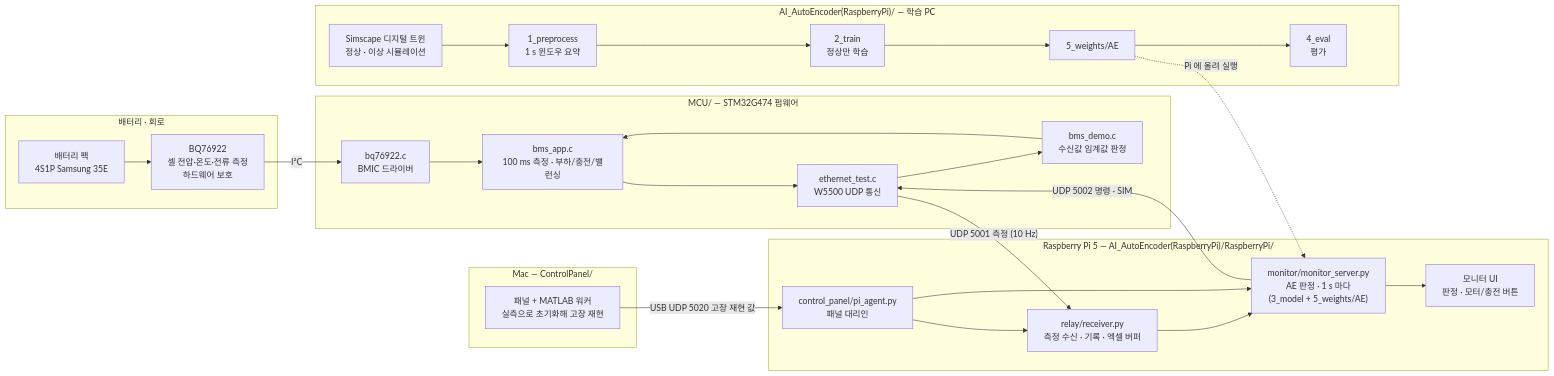
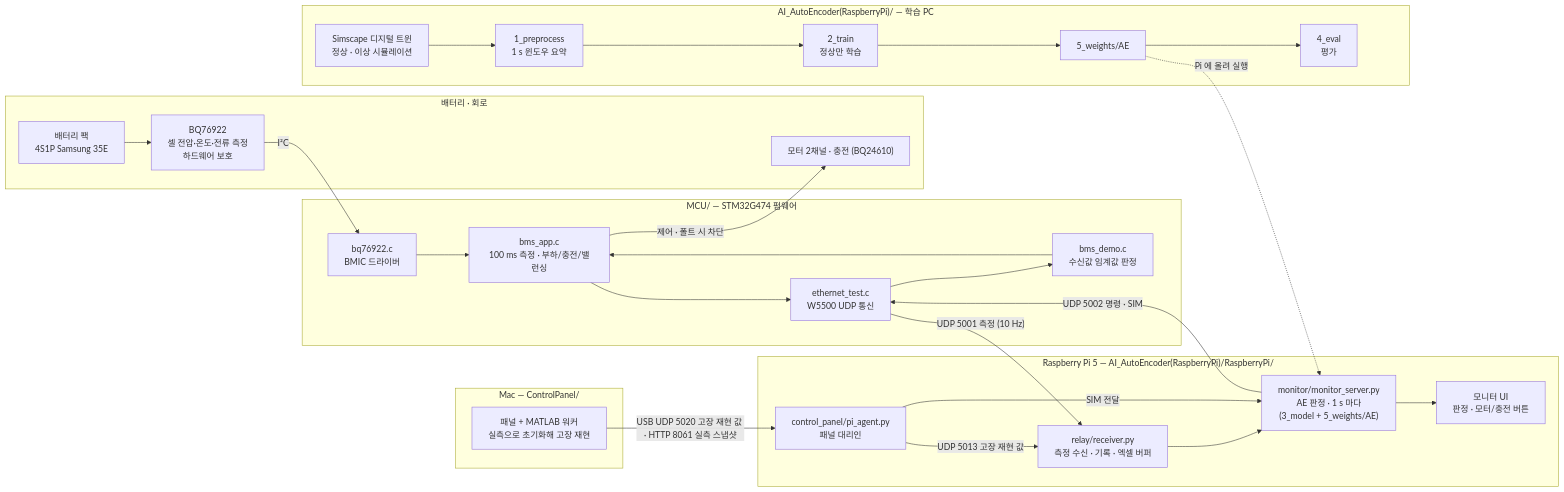
The diagram in README.md (DDongs068/2026ESWContest_mobility_kimdongwooteam), drawn with Mermaid before and after one commit. The commit also changed 16 other files, not shown here.

First line of the commit message:
Remove personal paths; align diagrams and docs with final system

````diff
--- a/README.md
+++ b/README.md
@@ -9,31 +9,33 @@
 ```mermaid
 flowchart LR
     subgraph HW["배터리 · 회로"]
         PACK["배터리 팩<br/>4S1P Samsung 35E"] --> BQ["BQ76922<br/>셀 전압·온도·전류 측정<br/>하드웨어 보호"]
+        LOAD["모터 2채널 · 충전 (BQ24610)"]
     end
     subgraph FW["MCU/ — STM32G474 펌웨어"]
         DRV["bq76922.c<br/>BMIC 드라이버"] --> APP["bms_app.c<br/>100 ms 측정 · 부하/충전/밸런싱"]
         DEMO["bms_demo.c<br/>수신값 임계값 판정"] --> APP
         APP --> ETH["ethernet_test.c<br/>W5500 UDP 통신"]
         ETH --> DEMO
     end
     subgraph PI["Raspberry Pi 5 — AI_AutoEncoder(RaspberryPi)/RaspberryPi/"]
         RX["relay/receiver.py<br/>측정 수신 · 기록 · 엑셀 버퍼"] --> AE["monitor/monitor_server.py<br/>AE 판정 · 1 s 마다<br/>(3_model + 5_weights/AE)"]
         AE --> UI["모니터 UI<br/>판정 · 모터/충전 버튼"]
-        AG["control_panel/pi_agent.py<br/>패널 대리인"] --> RX
-        AG --> AE
+        AG["control_panel/pi_agent.py<br/>패널 대리인"] -- "UDP 5013 고장 재현 값" --> RX
+        AG -- "SIM 전달" --> AE
     end
     subgraph MAC["Mac — ControlPanel/"]
         CP["패널 + MATLAB 워커<br/>실측으로 초기화해 고장 재현"]
     end
     subgraph TRAIN["AI_AutoEncoder(RaspberryPi)/ — 학습 PC"]
         SIM["Simscape 디지털 트윈<br/>정상 · 이상 시뮬레이션"] --> PRE["1_preprocess<br/>1 s 윈도우 요약"]
         PRE --> TR["2_train<br/>정상만 학습"] --> W["5_weights/AE"]
         W --> EV["4_eval<br/>평가"]
     end
     BQ -- "I²C" --> DRV
+    APP -- "제어 · 폴트 시 차단" --> LOAD
     ETH -- "UDP 5001 측정 (10 Hz)" --> RX
     AE -- "UDP 5002 명령 · SIM" --> ETH
-    CP -- "USB UDP 5020 고장 재현 값" --> AG
+    CP -- "USB UDP 5020 고장 재현 값 · HTTP 8061 실측 스냅샷" --> AG
     W -. "Pi 에 올려 실행" .-> AE
 ```
````
